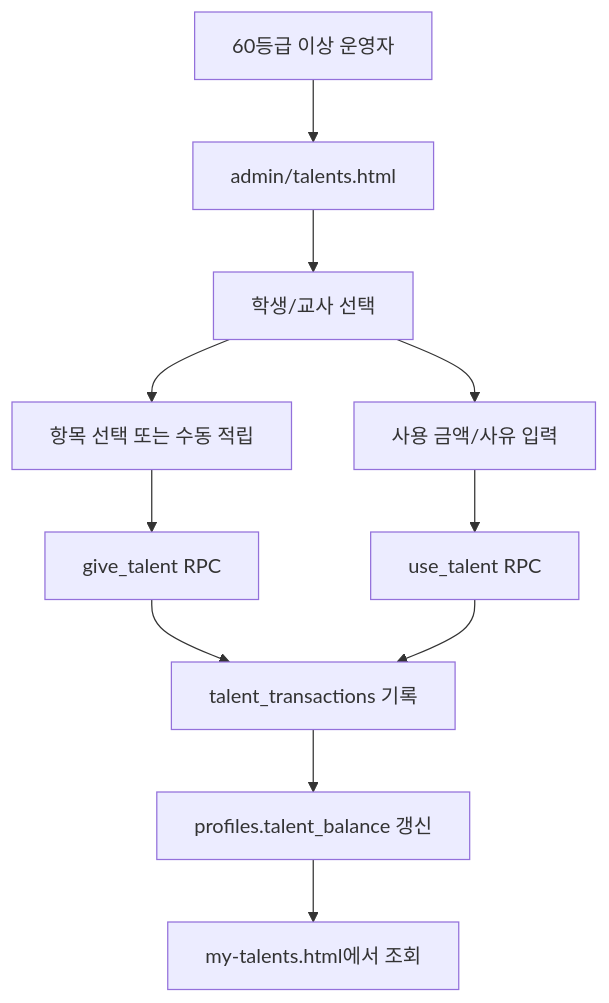
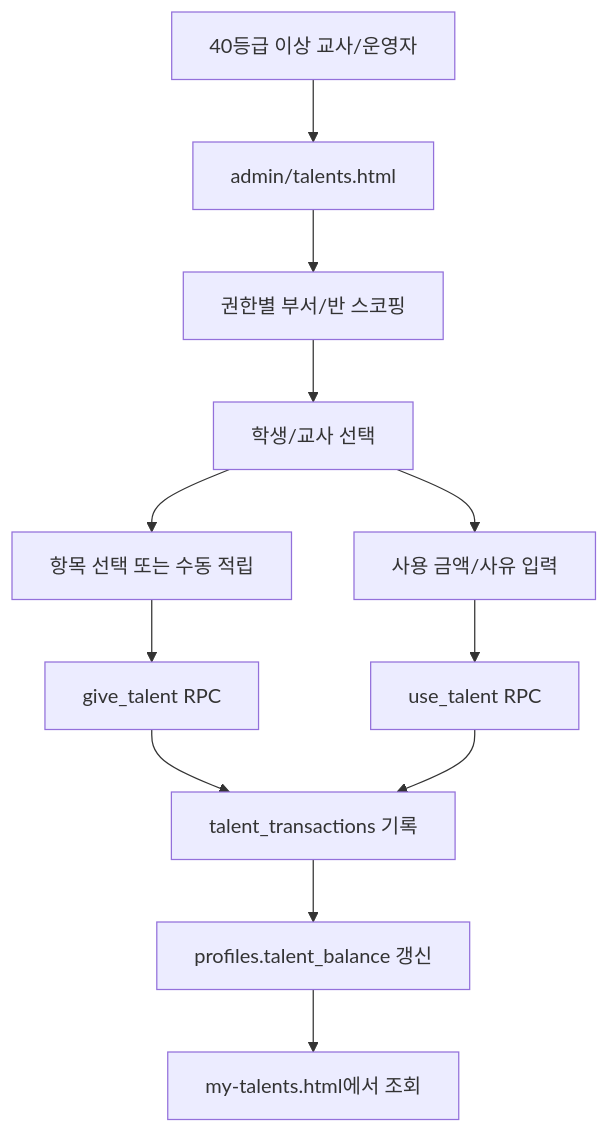
One commit to CHO-Talents/CHO-Talents changed the fourth of 6 diagrams in README.md. Above: the diagram before and after it, drawn with Mermaid. The commit also changed other lines of this file, not shown here.

````diff
--- a/README.md
+++ b/README.md
@@ -180,13 +195,14 @@
 ```mermaid
 flowchart TD
-  Manager["60등급 이상 운영자"] --> Page["admin/talents.html"]
-  Page --> Select["학생/교사 선택"]
+  Manager["40등급 이상 교사/운영자"] --> Page["admin/talents.html"]
+  Page --> Scope["권한별 부서/반 스코핑"]
+  Scope --> Select["학생/교사 선택"]
   Select --> Earn["항목 선택 또는 수동 적립"]
   Select --> Use["사용 금액/사유 입력"]
   Earn --> GiveRPC["give_talent RPC"]
   Use --> UseRPC["use_talent RPC"]
   GiveRPC --> Tx["talent_transactions 기록"]
   UseRPC --> Tx
   Tx --> Balance["profiles.talent_balance 갱신"]
   Balance --> My["my-talents.html에서 조회"]
 ```
````
